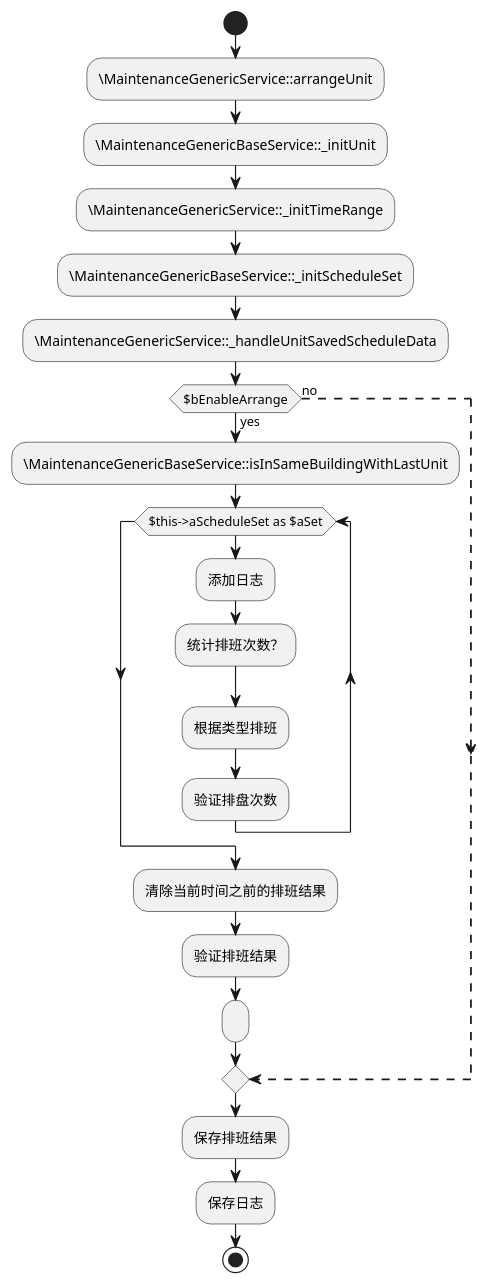
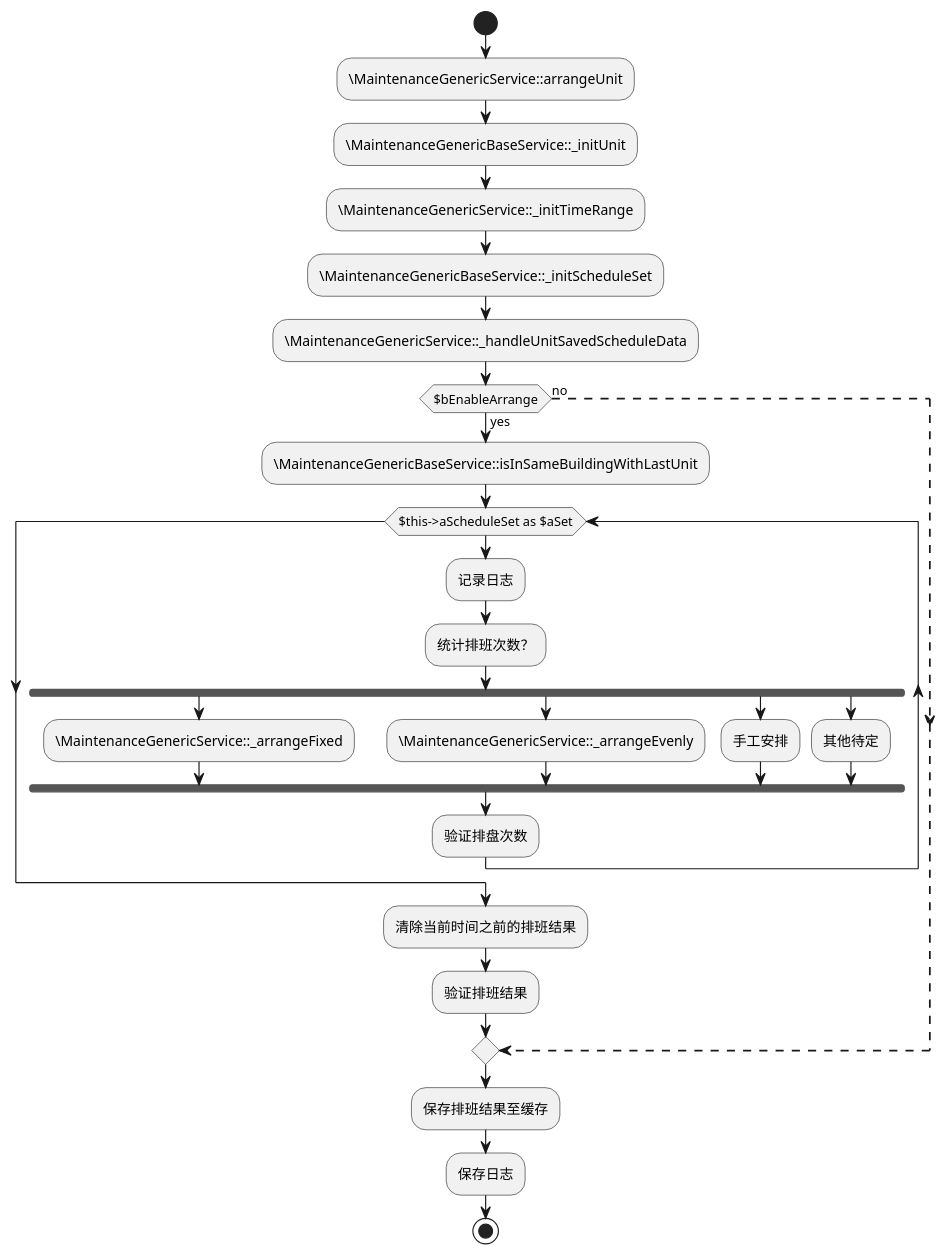
The diagram in plantuml/schedule/arrangeUnit.puml (chenmenghui/basic), drawn with PlantUML before and after one commit. The commit also changed 11 other files, not shown here.

```diff
--- a/plantuml/schedule/arrangeUnit.puml
+++ b/plantuml/schedule/arrangeUnit.puml
@@ -1,25 +1,32 @@
 @startuml
 start
 :\MaintenanceGenericService::arrangeUnit;
 :\MaintenanceGenericBaseService::_initUnit;
 :\MaintenanceGenericService::_initTimeRange;
 :\MaintenanceGenericBaseService::_initScheduleSet;
 :\MaintenanceGenericService::_handleUnitSavedScheduleData;
 if ($bEnableArrange) then (yes)
     :\MaintenanceGenericBaseService::isInSameBuildingWithLastUnit;
     while ($this->aScheduleSet as $aSet)
-        :添加日志;
+        :记录日志;
         :统计排班次数？;
-        :根据类型排班;
+        fork
+        :\MaintenanceGenericService::_arrangeFixed;
+        fork again
+        :\MaintenanceGenericService::_arrangeEvenly;
+        fork again
+        :手工安排;
+        fork again
+        :其他待定;
+        end fork
         :验证排盘次数;
-    endwhile
+    end while
     :清除当前时间之前的排班结果;
     :验证排班结果;
-    :;
 else (no)
     -[dashed]->
 endif
-:保存排班结果;
+:保存排班结果至缓存;
 :保存日志;
 stop
 @enduml
```
